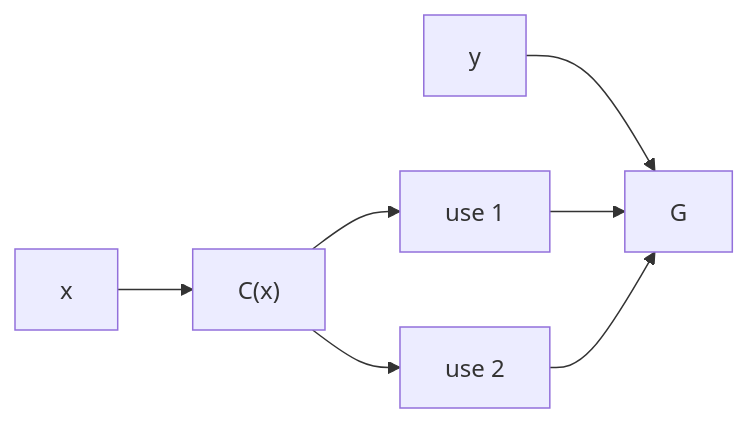
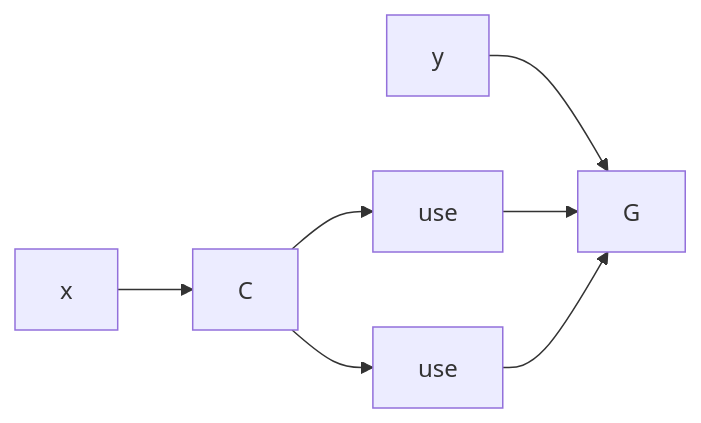
Before and after one commit to avikj/metacircular-interaction-prototype: the diagram in collab/bend2-cubical/BEND_HVM_COMPUTATIONAL_UNIVALENCE.md, drawn with Mermaid. The commit also changed other lines of this file, not shown here.

````diff
--- a/collab/bend2-cubical/BEND_HVM_COMPUTATIONAL_UNIVALENCE.md
+++ b/collab/bend2-cubical/BEND_HVM_COMPUTATIONAL_UNIVALENCE.md
@@ -100,9 +179,9 @@
 ```mermaid
 flowchart LR
-  X["x"] --> C["C(x)"]
-  C --> U1["use 1"]
-  C --> U2["use 2"]
+  X["x"] --> C["C"]
+  C --> U1["use"]
+  C --> U2["use"]
   Y["y"] --> G["G"]
   U1 --> G
   U2 --> G
 ```
````
